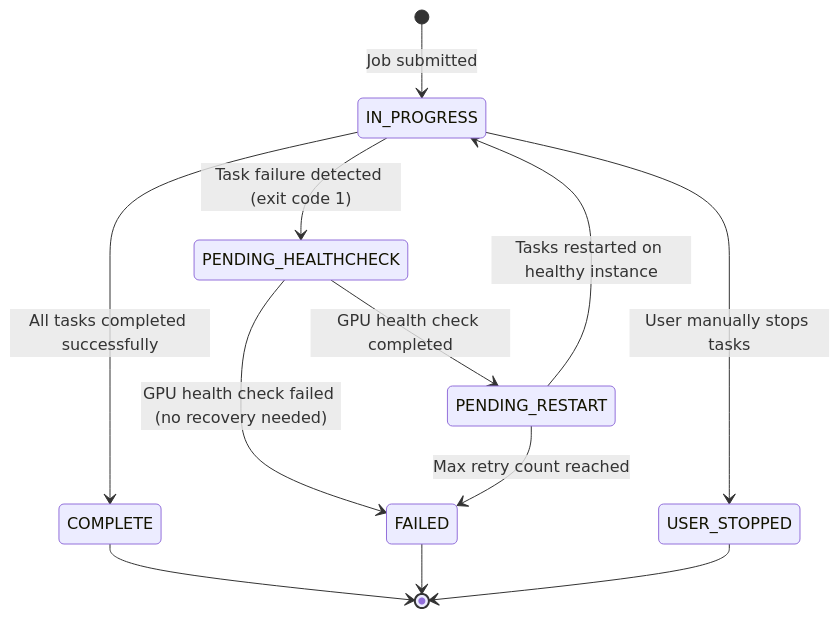
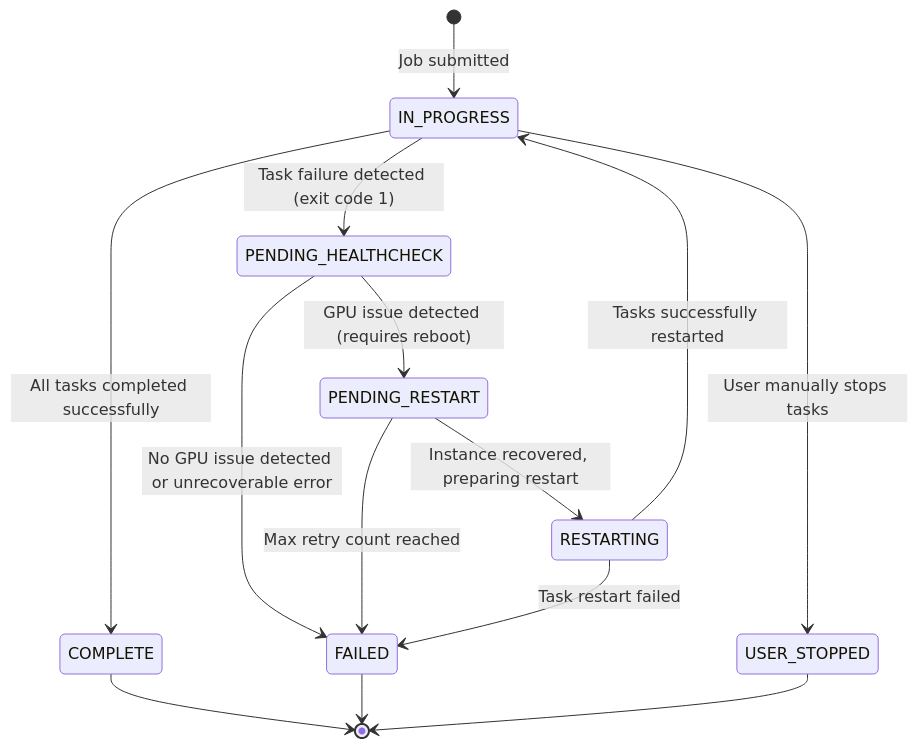
The diagram in docs/job_state_graph.md (yubingjiaocn/ecs-gpu-recovery), drawn with Mermaid before and after one commit. The commit also changed other lines of this file and 8 other files, not shown here.

````diff
--- a/docs/job_state_graph.md
+++ b/docs/job_state_graph.md
@@ -3,18 +7,21 @@
 ```mermaid
 stateDiagram-v2
     [*] --> IN_PROGRESS: Job submitted
 
     IN_PROGRESS --> PENDING_HEALTHCHECK: Task failure detected (exit code 1)
     IN_PROGRESS --> COMPLETE: All tasks completed successfully
     IN_PROGRESS --> USER_STOPPED: User manually stops tasks
 
-    PENDING_HEALTHCHECK --> PENDING_RESTART: GPU health check completed
-    PENDING_HEALTHCHECK --> FAILED: GPU health check failed (no recovery needed)
+    PENDING_HEALTHCHECK --> PENDING_RESTART: GPU issue detected (requires reboot)
+    PENDING_HEALTHCHECK --> FAILED: No GPU issue detected or unrecoverable error
 
-    PENDING_RESTART --> IN_PROGRESS: Tasks restarted on healthy instance
+    PENDING_RESTART --> RESTARTING: Instance recovered, preparing restart
     PENDING_RESTART --> FAILED: Max retry count reached
+
+    RESTARTING --> IN_PROGRESS: Tasks successfully restarted
+    RESTARTING --> FAILED: Task restart failed
 
     COMPLETE --> [*]
     FAILED --> [*]
     USER_STOPPED --> [*]
 ```
````
